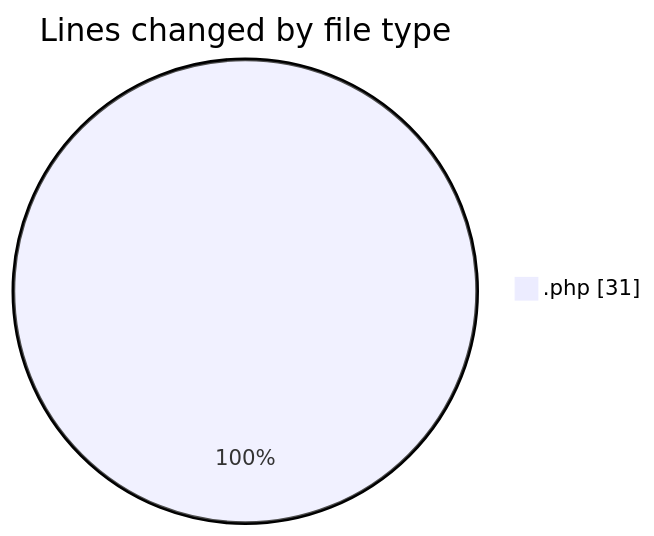
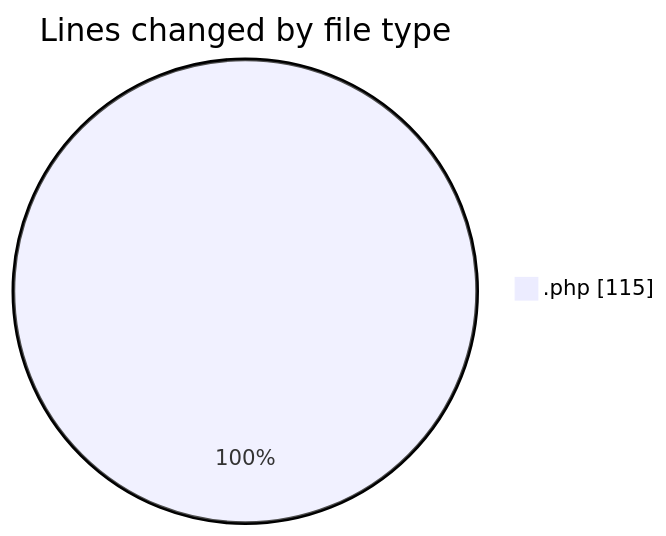
Before and after one commit to idhammustaqopulfikri/code-tracking: the first of 2 diagrams in 2025-03-27/autodidak/README.md, drawn with Mermaid. The commit also changed other lines of this file and 1 other file, not shown here.

````diff
--- a/2025-03-27/autodidak/README.md
+++ b/2025-03-27/autodidak/README.md
@@ -21,5 +22,5 @@
 ```mermaid
 pie showData
 title Lines changed by file type
-".php" : 31
+".php" : 115
 ```
````
